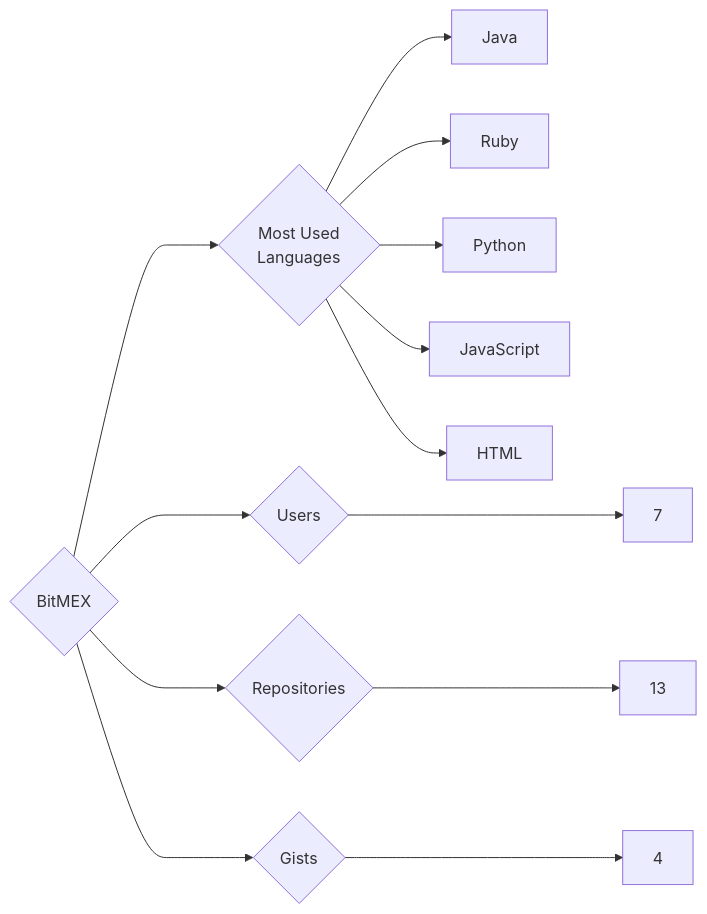
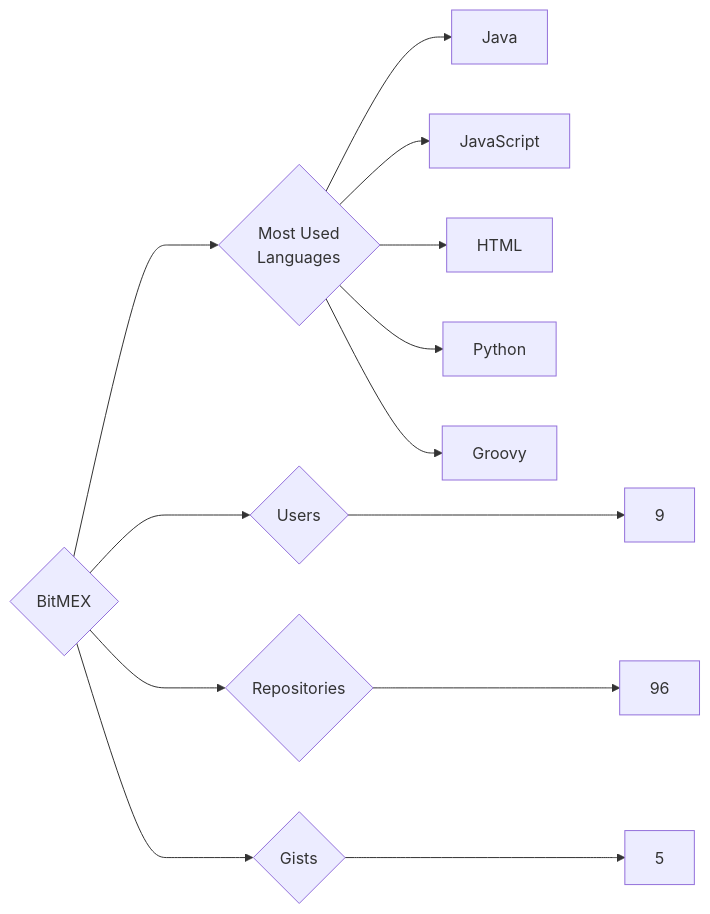
One commit to trickest/insiders changed the diagram in targets/BitMEX/README.md. Above: the diagram before and after it, drawn with Mermaid. The commit also changed 1238 other files, not shown here.

````diff
--- a/targets/BitMEX/README.md
+++ b/targets/BitMEX/README.md
@@ -3,13 +3,13 @@
 ```mermaid
 graph LR
 COMPANY_NAME{BitMEX}
-COMPANY_NAME ---> U{Users} ---> UN[7]
-COMPANY_NAME ---> R{Repositories} ---> RN[13]
-COMPANY_NAME ---> G{Gists} ---> GN[4]
+COMPANY_NAME ---> U{Users} ---> UN[9]
+COMPANY_NAME ---> R{Repositories} ---> RN[96]
+COMPANY_NAME ---> G{Gists} ---> GN[5]
 COMPANY_NAME ---> ML{Most Used<br>Languages}
 ML --> Java[Java]
-ML --> Ruby[Ruby]
-ML --> Python[Python]
 ML --> JavaScript[JavaScript]
 ML --> HTML[HTML]
+ML --> Python[Python]
+ML --> Groovy[Groovy]
 ```
````
